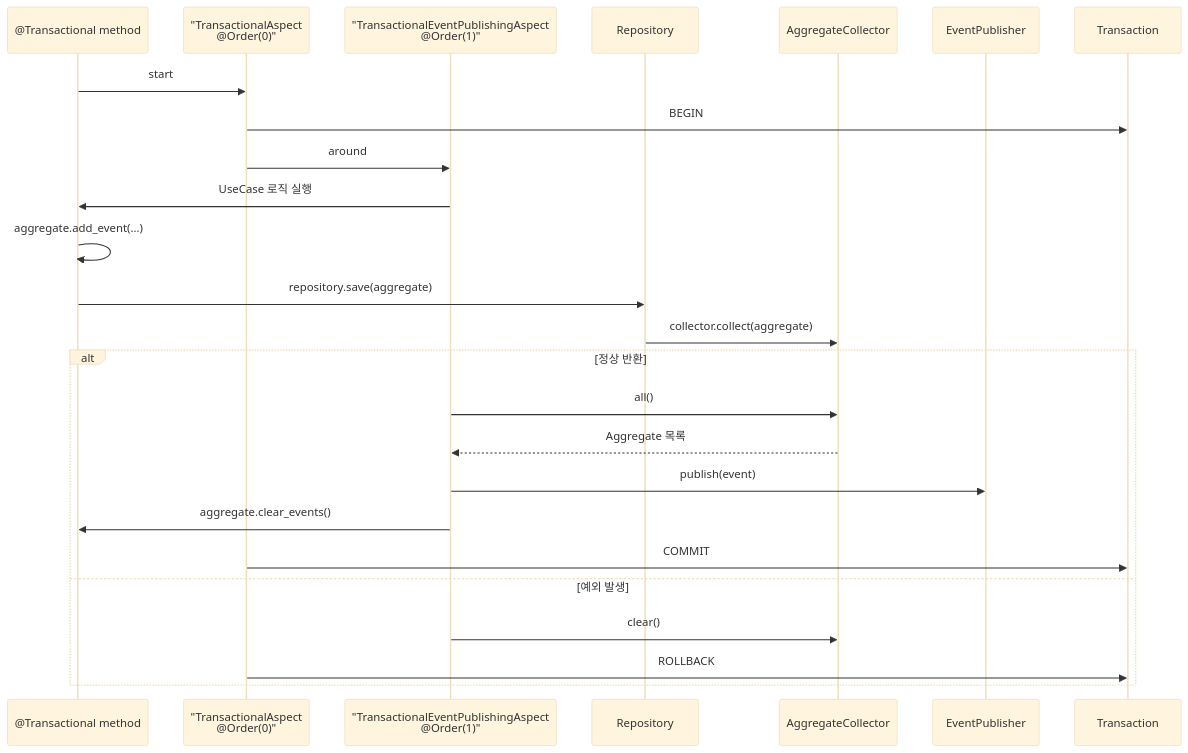
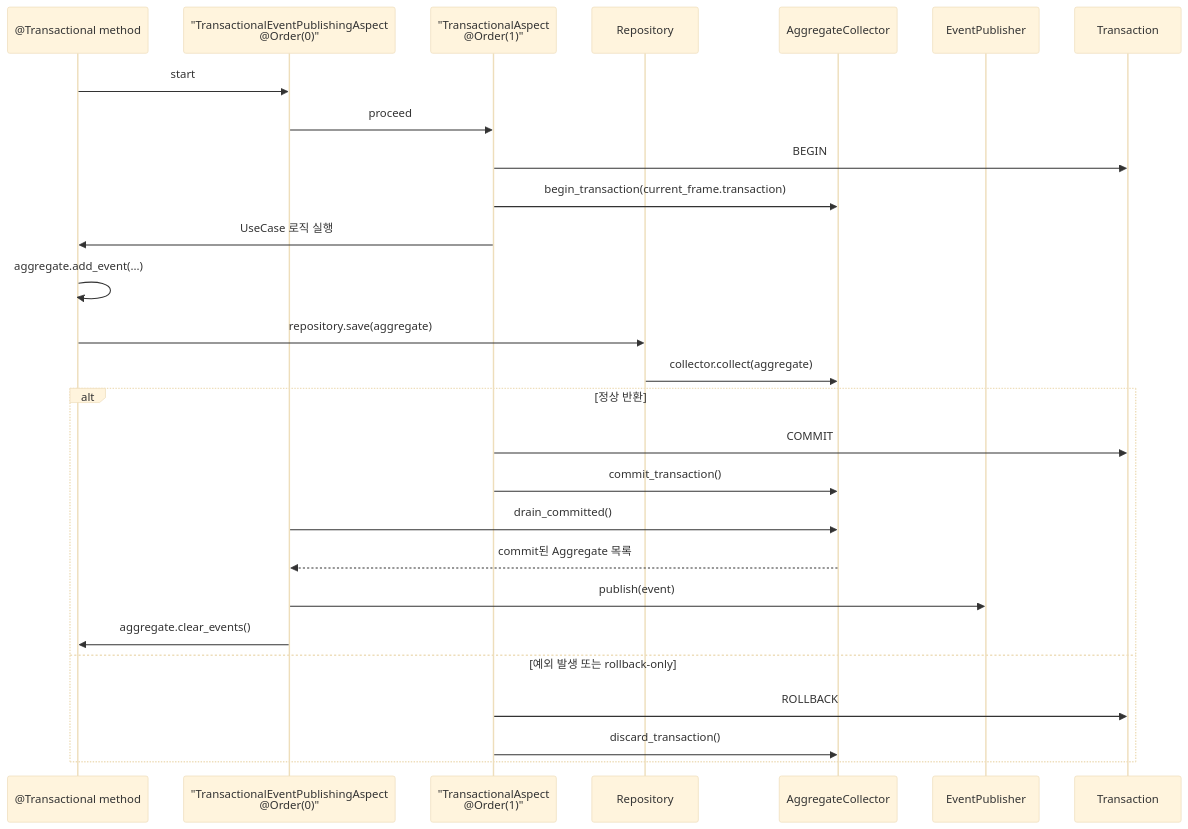
One commit to E5presso/spakky-framework changed the tenth of 14 diagrams in ARCHITECTURE.md. Above: the diagram before and after it, drawn with Mermaid (base theme). The commit also changed other lines of this file and 34 other files, not shown here.

````diff
--- a/ARCHITECTURE.md
+++ b/ARCHITECTURE.md
@@ -996,29 +1034,31 @@
 ```mermaid
 sequenceDiagram
     participant U as @Transactional method
-    participant TA as "TransactionalAspect<br/>@Order(0)"
-    participant EA as "TransactionalEventPublishingAspect<br/>@Order(1)"
+    participant EA as "TransactionalEventPublishingAspect<br/>@Order(0)"
+    participant TA as "TransactionalAspect<br/>@Order(1)"
     participant R as Repository
     participant C as AggregateCollector
     participant P as EventPublisher
     participant DB as Transaction
 
-    U->>TA: start
+    U->>EA: start
+    EA->>TA: proceed
     TA->>DB: BEGIN
-    TA->>EA: around
-    EA->>U: UseCase 로직 실행
+    TA->>C: begin_transaction(current_frame.transaction)
+    TA->>U: UseCase 로직 실행
     U->>U: aggregate.add_event(...)
     U->>R: repository.save(aggregate)
     R->>C: collector.collect(aggregate)
 
     alt 정상 반환
-        EA->>C: all()
-        C-->>EA: Aggregate 목록
+        TA->>DB: COMMIT
+        TA->>C: commit_transaction()
+        EA->>C: drain_committed()
+        C-->>EA: commit된 Aggregate 목록
         EA->>P: publish(event)
         EA->>U: aggregate.clear_events()
-        TA->>DB: COMMIT
-    else 예외 발생
-        EA->>C: clear()
+    else 예외 발생 또는 rollback-only
         TA->>DB: ROLLBACK
+        TA->>C: discard_transaction()
     end
 ```
````
